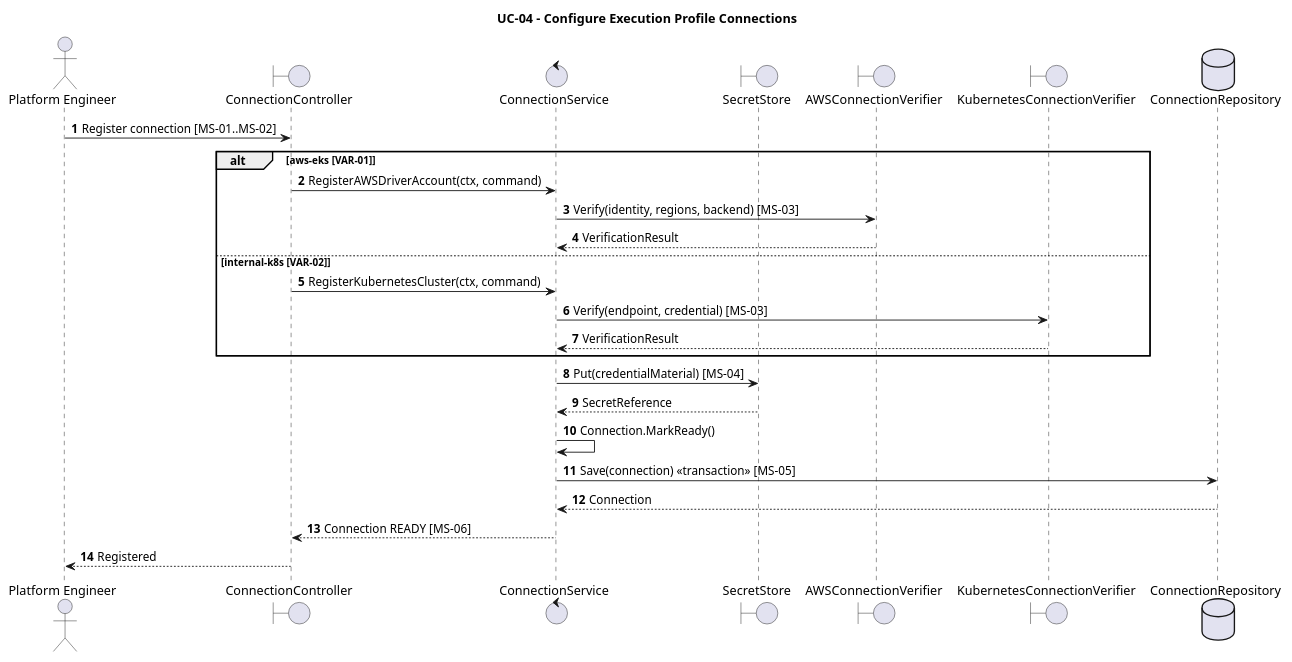
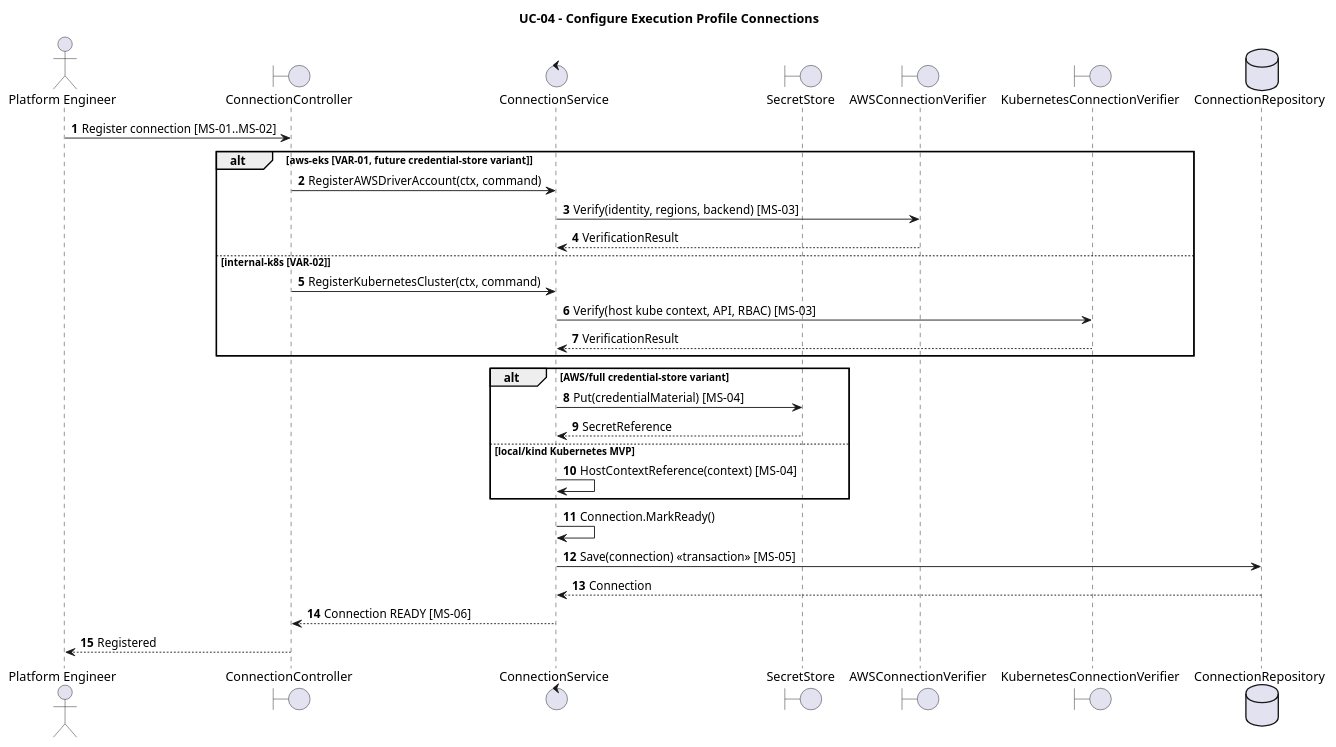
The diagram in orchestrator_docs/usecase/UC-04/sequence.puml (pr3s3nt/poc), drawn with PlantUML before and after one commit. The commit also changed 52 other files, not shown here.

Commit message:
Register host Kubernetes connections and allow pre-plan null snapshots

```diff
--- a/orchestrator_docs/usecase/UC-04/sequence.puml
+++ b/orchestrator_docs/usecase/UC-04/sequence.puml
@@ -1,29 +1,33 @@
 @startuml
 title UC-04 - Configure Execution Profile Connections
 autonumber
 actor "Platform Engineer" as PE
 boundary ConnectionController as API
 control ConnectionService as Service
 boundary SecretStore as Secrets
 boundary AWSConnectionVerifier as AWS
 boundary KubernetesConnectionVerifier as K8s
 database ConnectionRepository as Repo
 
 PE -> API: Register connection [MS-01..MS-02]
-alt aws-eks [VAR-01]
+alt aws-eks [VAR-01, future credential-store variant]
   API -> Service: RegisterAWSDriverAccount(ctx, command)
   Service -> AWS: Verify(identity, regions, backend) [MS-03]
   AWS --> Service: VerificationResult
 else internal-k8s [VAR-02]
   API -> Service: RegisterKubernetesCluster(ctx, command)
-  Service -> K8s: Verify(endpoint, credential) [MS-03]
+  Service -> K8s: Verify(host kube context, API, RBAC) [MS-03]
   K8s --> Service: VerificationResult
 end
-Service -> Secrets: Put(credentialMaterial) [MS-04]
-Secrets --> Service: SecretReference
+alt AWS/full credential-store variant
+  Service -> Secrets: Put(credentialMaterial) [MS-04]
+  Secrets --> Service: SecretReference
+else local/kind Kubernetes MVP
+  Service -> Service: HostContextReference(context) [MS-04]
+end
 Service -> Service: Connection.MarkReady()
 Service -> Repo: Save(connection) <<transaction>> [MS-05]
 Repo --> Service: Connection
 Service --> API: Connection READY [MS-06]
 API --> PE: Registered
 @enduml
```
